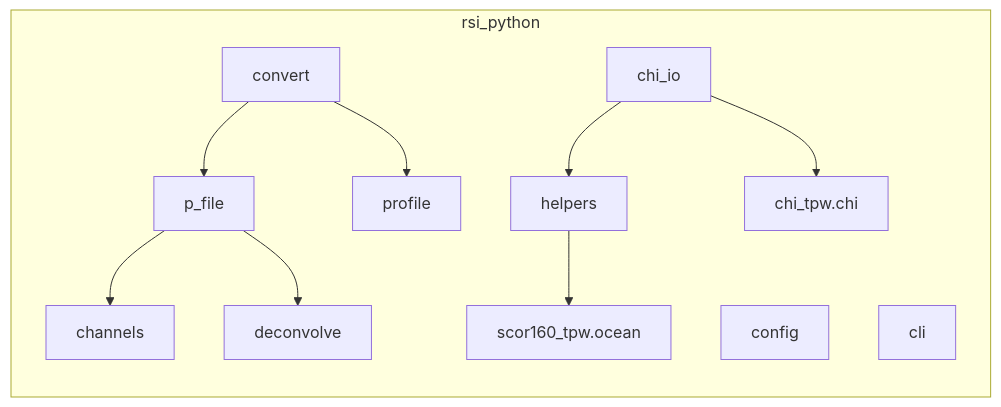
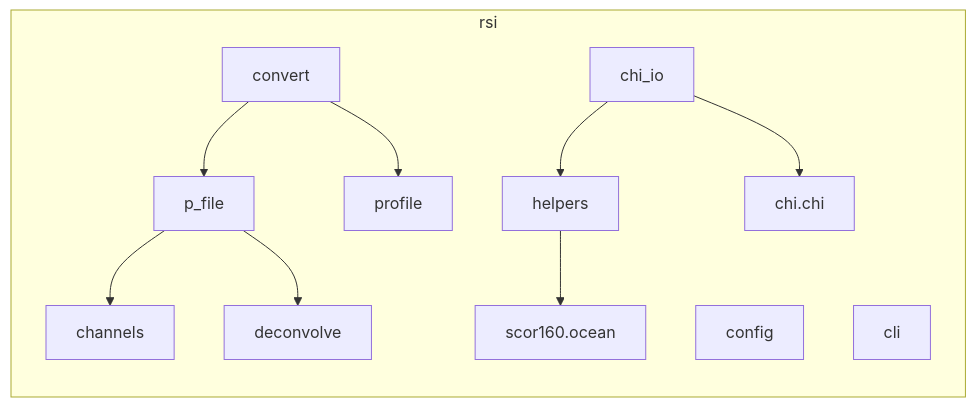
One commit to mousebrains/turbulence changed the fourth of 6 diagrams in docs/ARCHITECTURE.md. Above: the diagram before and after it, drawn with Mermaid. The commit also changed other lines of this file and 140 other files, not shown here.

````diff
--- a/docs/ARCHITECTURE.md
+++ b/docs/ARCHITECTURE.md
@@ -141,15 +141,15 @@
 ```mermaid
 graph LR
-    subgraph rsi_python
+    subgraph rsi
         p_file --> channels
         p_file --> deconvolve
         convert --> p_file
         convert --> profile
-        helpers --> scor160_tpw.ocean
+        helpers --> scor160.ocean
         chi_io --> helpers
-        chi_io --> chi_tpw.chi
+        chi_io --> chi.chi
         profile
         config
         cli
     end
 ```
````
